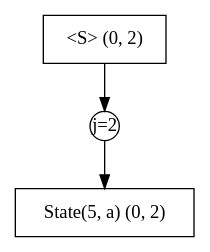
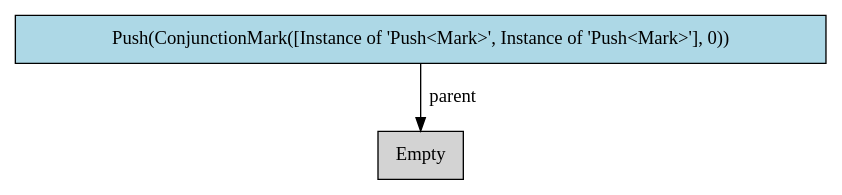
One commit to water-mizuu/glush_dart changed the diagram in another.dot. Above: the diagram before and after it, drawn with Graphviz. The commit also changed 12 other files, not shown here.

```diff
--- a/another.dot
+++ b/another.dot
@@ -1,7 +1,7 @@
-digraph SPPF {
-  n0 [label="<S> (0, 2)", shape=box];
-  pn0_j2_933294442 [label="j=2", shape=circle, width=0.3, fixedsize=true];
-  n0 -> pn0_j2_933294442;
-  n1 [label="State(5, a) (0, 2)", shape=box];
-  pn0_j2_933294442 -> n1;
+digraph GlushList {
+  node [shape=box, style=rounded];
+  rankdir=TB;
+  node_0 [label="Push(ConjunctionMark([Instance of 'Push<Mark>', Instance of 'Push<Mark>'], 0))", style="filled", fillcolor="lightblue"];
+  node_0 -> node_1 [label="parent"];
+  node_1 [label="Empty", style="filled", fillcolor="lightgray"];
 }
```
